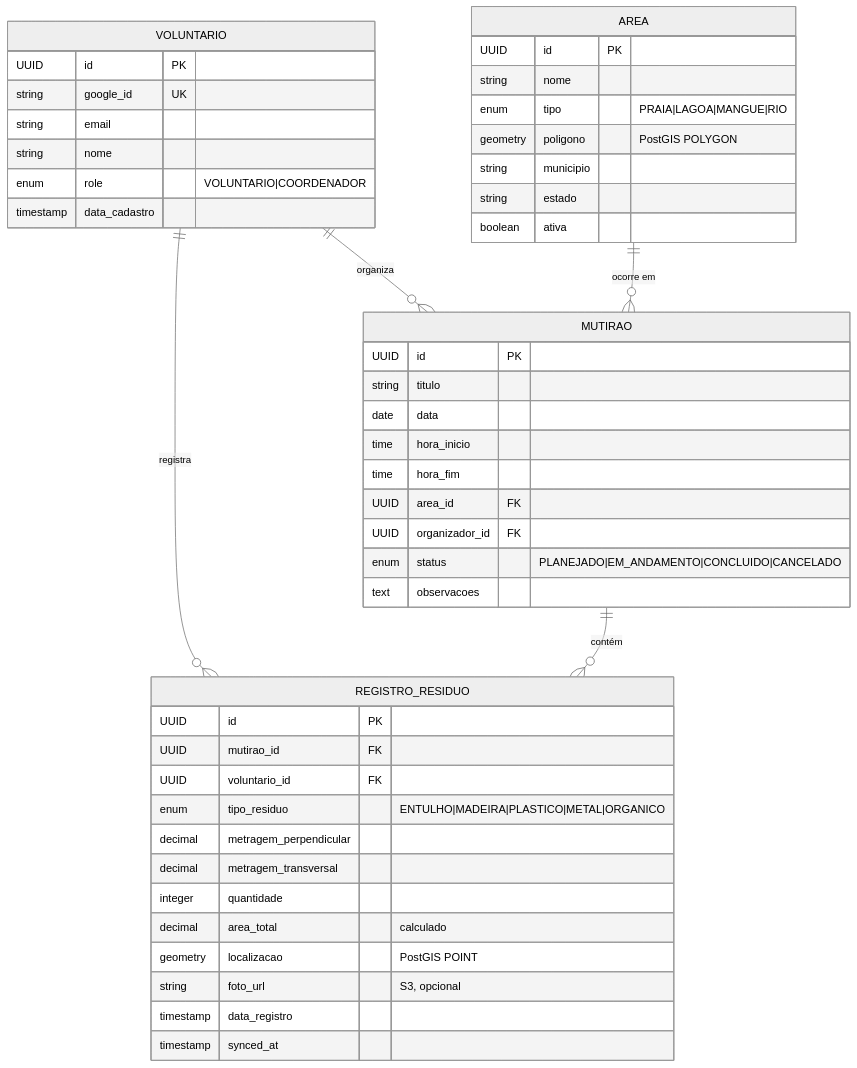
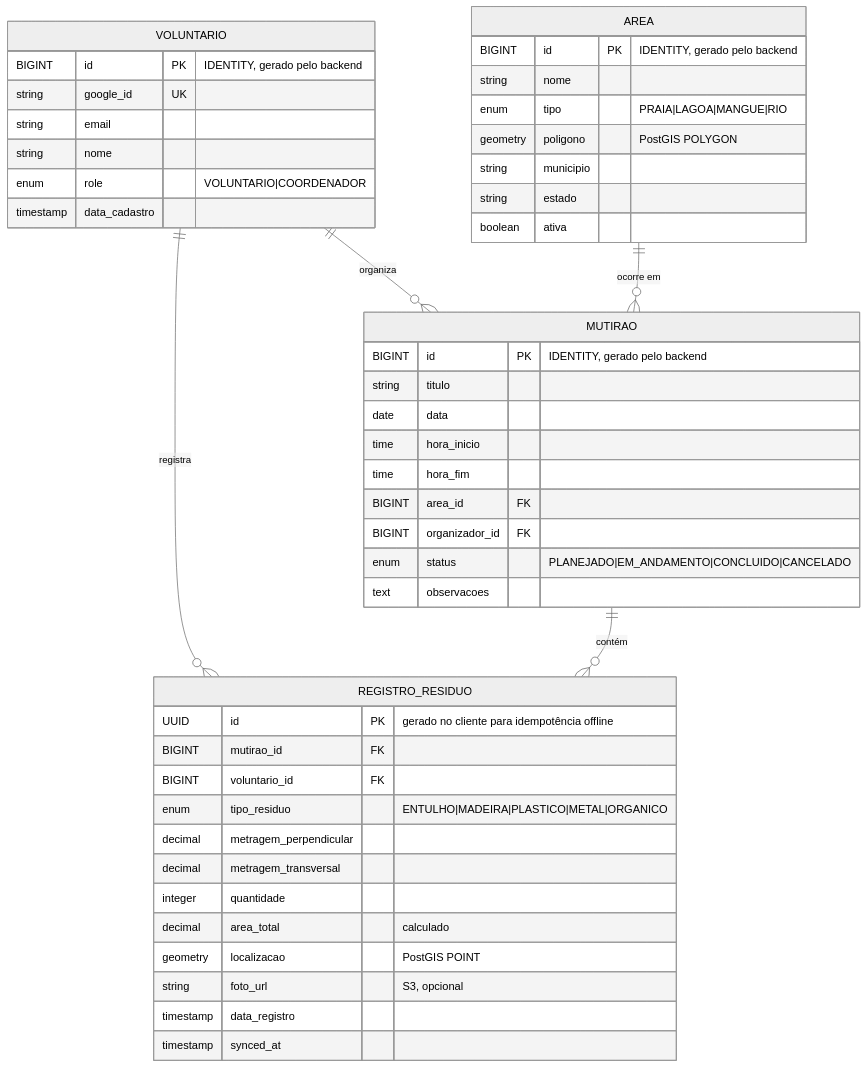
The diagram in docs/domain/model.md (thiagobfb/mar-sem-lixo), drawn with Mermaid (neutral theme) before and after one commit. The commit also changed other lines of this file and 38 other files, not shown here.

````diff
--- a/docs/domain/model.md
+++ b/docs/domain/model.md
@@ -14,53 +14,53 @@
 ```mermaid
 erDiagram
     VOLUNTARIO ||--o{ MUTIRAO : "organiza"
     VOLUNTARIO ||--o{ REGISTRO_RESIDUO : "registra"
     AREA ||--o{ MUTIRAO : "ocorre em"
     MUTIRAO ||--o{ REGISTRO_RESIDUO : "contém"
 
     VOLUNTARIO {
-        UUID id PK
+        BIGINT id PK "IDENTITY, gerado pelo backend"
         string google_id UK
         string email
         string nome
         enum role "VOLUNTARIO|COORDENADOR"
         timestamp data_cadastro
     }
 
     AREA {
-        UUID id PK
+        BIGINT id PK "IDENTITY, gerado pelo backend"
         string nome
         enum tipo "PRAIA|LAGOA|MANGUE|RIO"
         geometry poligono "PostGIS POLYGON"
         string municipio
         string estado
         boolean ativa
     }
 
     MUTIRAO {
-        UUID id PK
+        BIGINT id PK "IDENTITY, gerado pelo backend"
         string titulo
         date data
         time hora_inicio
         time hora_fim
-        UUID area_id FK
-        UUID organizador_id FK
+        BIGINT area_id FK
+        BIGINT organizador_id FK
         enum status "PLANEJADO|EM_ANDAMENTO|CONCLUIDO|CANCELADO"
         text observacoes
     }
 
     REGISTRO_RESIDUO {
-        UUID id PK
-        UUID mutirao_id FK
-        UUID voluntario_id FK
+        UUID id PK "gerado no cliente para idempotência offline"
+        BIGINT mutirao_id FK
+        BIGINT voluntario_id FK
         enum tipo_residuo "ENTULHO|MADEIRA|PLASTICO|METAL|ORGANICO"
         decimal metragem_perpendicular
         decimal metragem_transversal
         integer quantidade
         decimal area_total "calculado"
         geometry localizacao "PostGIS POINT"
         string foto_url "S3, opcional"
         timestamp data_registro
         timestamp synced_at
     }
 ```
````
